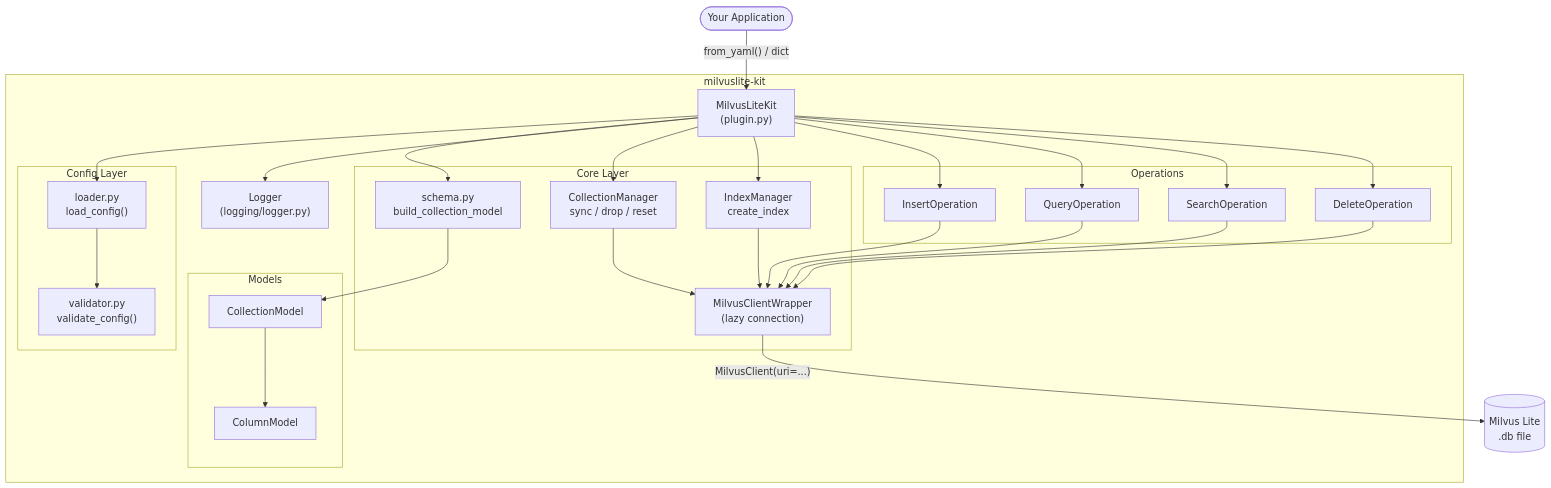
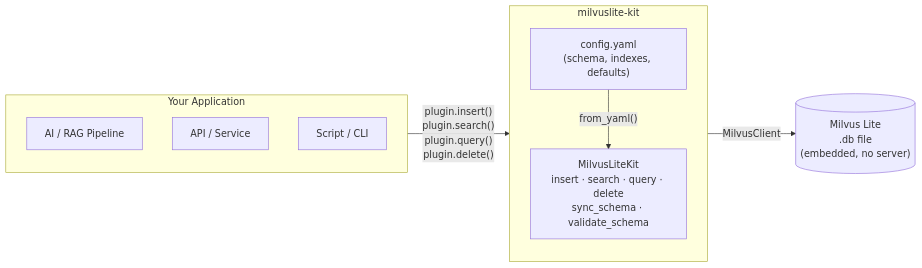
Before and after one commit to imelanthirayan/milvuslite-kit: the diagram in README.md, drawn with Mermaid.

````diff
--- a/README.md
+++ b/README.md
@@ -20,55 +20,21 @@
 ```mermaid
-flowchart TD
-    User(["Your Application"])
-
-    subgraph milvuslite_kit["milvuslite-kit"]
-        Plugin["MilvusLiteKit\n(plugin.py)"]
-
-        subgraph config["Config Layer"]
-            Loader["loader.py\nload_config()"]
-            Validator["validator.py\nvalidate_config()"]
-        end
-
-        subgraph models["Models"]
-            CollModel["CollectionModel"]
-            ColModel["ColumnModel"]
-        end
-
-        subgraph core["Core Layer"]
-            ClientWrapper["MilvusClientWrapper\n(lazy connection)"]
-            CollMgr["CollectionManager\nsync / drop / reset"]
-            IdxMgr["IndexManager\ncreate_index"]
-            Schema["schema.py\nbuild_collection_model"]
-        end
-
-        subgraph ops["Operations"]
-            Insert["InsertOperation"]
-            Query["QueryOperation"]
-            Search["SearchOperation"]
-            Delete["DeleteOperation"]
-        end
-
-        Logger["Logger\n(logging/logger.py)"]
+flowchart LR
+    subgraph app["Your Application"]
+        direction TB
+        AI["AI / RAG Pipeline"]
+        API["API / Service"]
+        Script["Script / CLI"]
     end
 
-    MilvusLite[("Milvus Lite\n.db file")]
+    subgraph kit["milvuslite-kit"]
+        direction TB
+        YAML["config.yaml\n(schema, indexes, defaults)"]
+        Plugin["MilvusLiteKit\ninsert · search · query · delete\nsync_schema · validate_schema"]
+    end
 
-    User -->|"from_yaml() / dict"| Plugin
-    Plugin --> Loader --> Validator
-    Plugin --> Schema --> CollModel
-    CollModel --> ColModel
-    Plugin --> Logger
-    Plugin --> CollMgr
-    Plugin --> IdxMgr
-    Plugin --> Insert
-    Plugin --> Query
-    Plugin --> Search
-    Plugin --> Delete
-    CollMgr --> ClientWrapper
-    IdxMgr --> ClientWrapper
-    Insert --> ClientWrapper
-    Query --> ClientWrapper
-    Search --> ClientWrapper
-    Delete --> ClientWrapper
-    ClientWrapper -->|"MilvusClient(uri=...)"| MilvusLite
+    DB[("Milvus Lite\n.db file\n(embedded, no server)")]
+
+    app -->|"plugin.insert()\nplugin.search()\nplugin.query()\nplugin.delete()"| Plugin
+    YAML -->|"from_yaml()"| Plugin
+    Plugin -->|"MilvusClient"| DB
 ```
````
